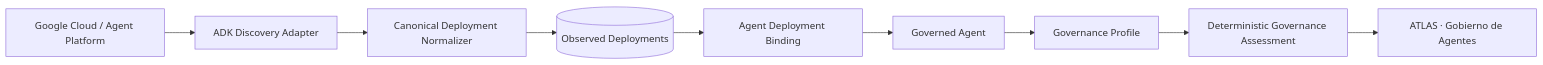
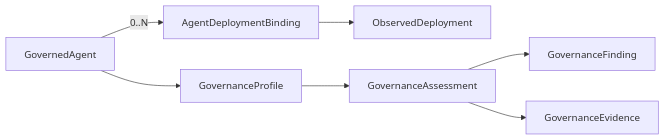
Before and after one commit to JuliusCordova/portafoliodatagob: the first of 2 diagrams in docs/specs/14-adk-agent-governance.md, drawn with Mermaid. The commit also changed other lines of this file, not shown here.

````diff
--- a/docs/specs/14-adk-agent-governance.md
+++ b/docs/specs/14-adk-agent-governance.md
@@ -272,11 +123,9 @@
 ```mermaid
 flowchart LR
-    GCP[Google Cloud / Agent Platform] --> D[ADK Discovery Adapter]
-    D --> N[Canonical Deployment Normalizer]
-    N --> S[(Observed Deployments)]
-    S --> B[Agent Deployment Binding]
-    B --> G[Governed Agent]
-    G --> P[Governance Profile]
-    P --> A[Deterministic Governance Assessment]
-    A --> UI[ATLAS · Gobierno de Agentes]
+    GA[GovernedAgent] -->|0..N| B[AgentDeploymentBinding]
+    B --> OD[ObservedDeployment]
+    GA --> GP[GovernanceProfile]
+    GP --> AS[GovernanceAssessment]
+    AS --> F[GovernanceFinding]
+    AS --> E[GovernanceEvidence]
 ```
````
